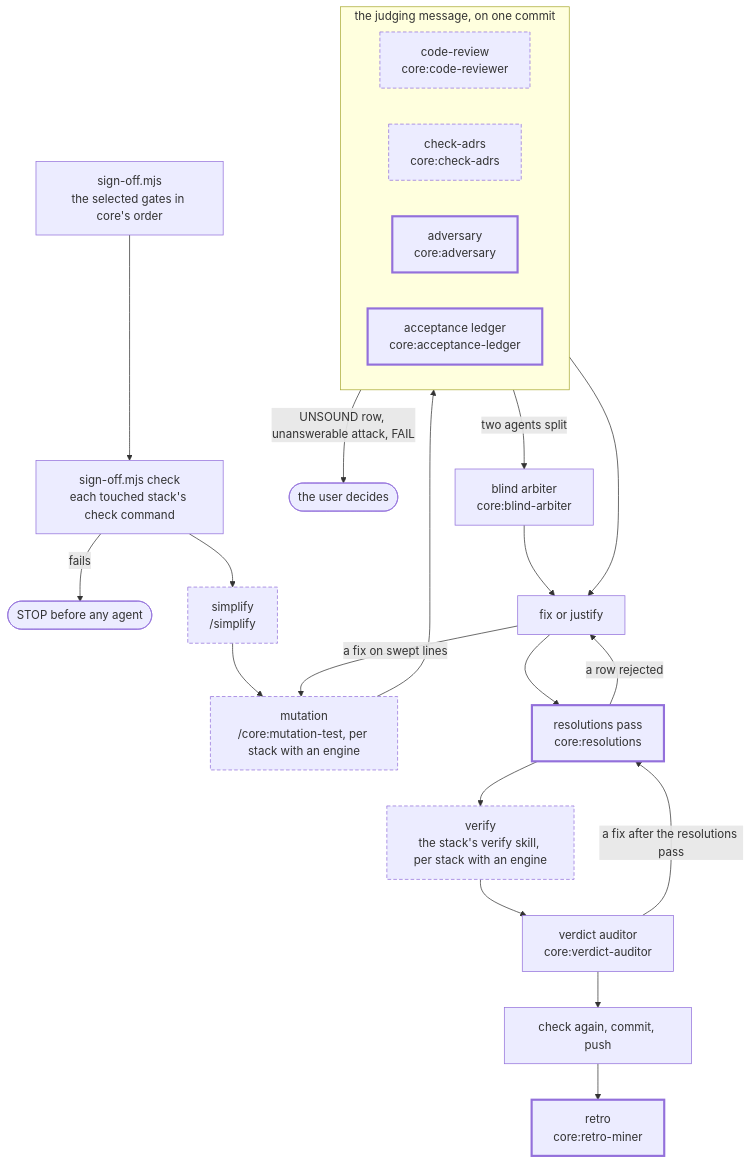
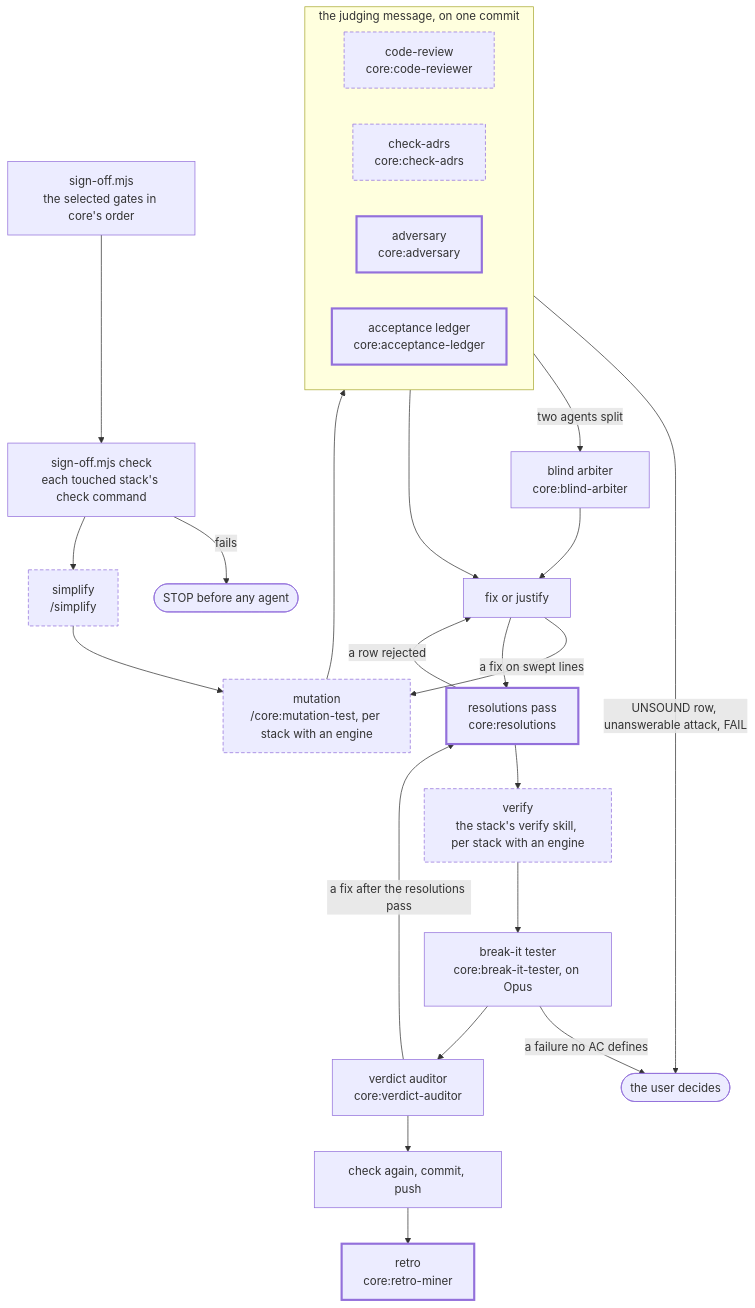
One commit to skrymer/skrymer-ai changed the diagram in README.md. Above: the diagram before and after it, drawn with Mermaid. The commit also changed other lines of this file and 20 other files, not shown here.

Commit message:
Add the break-it tester: charters it derives from the diff, driven through verify and recorded as EX rows

````diff
--- a/README.md
+++ b/README.md
@@ -109,28 +109,30 @@
 ```mermaid
 flowchart TD
   plan["sign-off.mjs<br/>the selected gates in core's order"] --> check["sign-off.mjs check<br/>each touched stack's check command"]
   check -- fails --> stop(["STOP before any agent"])
   check --> simplify["simplify<br/>/simplify"]:::gate
   simplify --> mutation["mutation<br/>/core:mutation-test, per stack with an engine"]:::gate
   mutation --> judging
   subgraph judging ["the judging message, on one commit"]
     review["code-review<br/>core:code-reviewer"]:::gate
     adrs["check-adrs<br/>core:check-adrs"]:::gate
     adversary["adversary<br/>core:adversary"]:::fixed
     ledger["acceptance ledger<br/>core:acceptance-ledger"]:::fixed
   end
   judging -- "UNSOUND row, unanswerable attack, FAIL" --> user(["the user decides"])
   judging -- "two agents split" --> arbiter["blind arbiter<br/>core:blind-arbiter"]
   judging --> fixes["fix or justify"]
   arbiter --> fixes
   fixes -- "a fix on swept lines" --> mutation
   fixes --> resolutions["resolutions pass<br/>core:resolutions"]:::fixed
   resolutions -- "a row rejected" --> fixes
   resolutions --> verify["verify<br/>the stack's verify skill, per stack with an engine"]:::gate
-  verify --> auditor["verdict auditor<br/>core:verdict-auditor"]
+  verify --> tester["break-it tester<br/>core:break-it-tester, on Opus"]
+  tester -- "a failure no AC defines" --> user
+  tester --> auditor["verdict auditor<br/>core:verdict-auditor"]
   auditor -- "a fix after the resolutions pass" --> resolutions
   auditor --> push["check again, commit, push"]
   push --> retro["retro<br/>core:retro-miner"]:::fixed
   classDef gate stroke-dasharray: 5 3
   classDef fixed stroke-width: 3px
 ```
````
